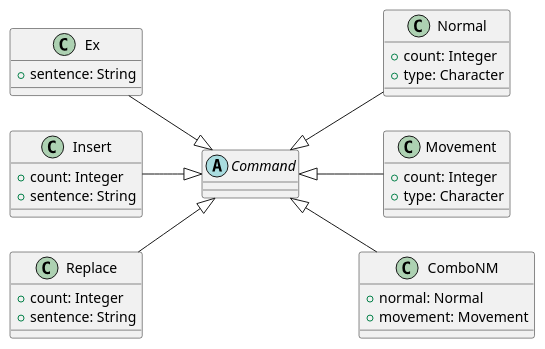
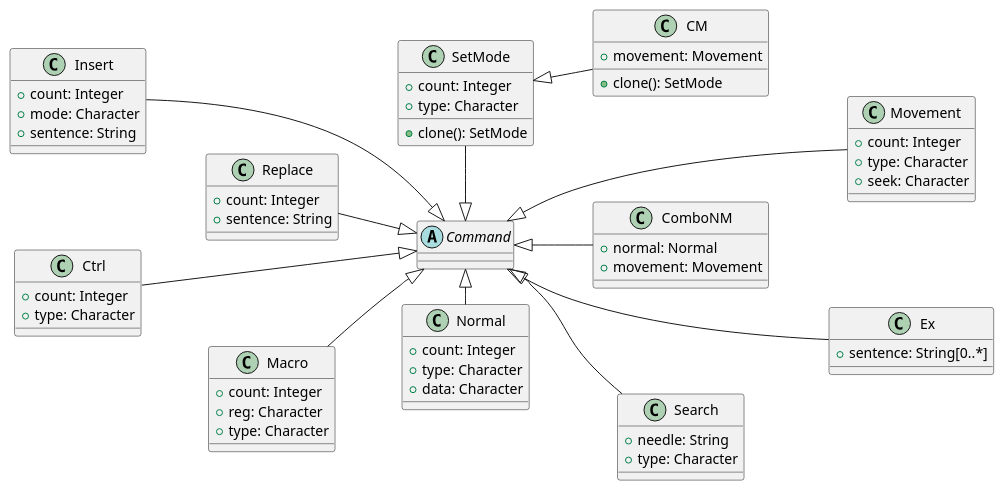
Before and after one commit to raywang999/VM: the first of 9 diagrams in uml.md, drawn with PlantUML. The commit also changed other lines of this file and 33 other files, not shown here.

````diff
--- a/uml.md
+++ b/uml.md
@@ -2,33 +2,63 @@
 ```plantuml
 left to right direction
 abstract Command{}
 class Normal{
   +count: Integer
   +type: Character
+  +data: Character
 }
 class Movement{
   +count: Integer
   +type: Character
+  +seek: Character
 }
 class ComboNM{
   +normal: Normal
   +movement: Movement
 }
 class Ex{
-  +sentence: String
+  +sentence: String[0..*]
 }
 class Insert{
   +count: Integer
+  +mode: Character
   +sentence: String
 }
 class Replace{
   +count: Integer
   +sentence: String
 }
-Command <|-- Normal
-Command <|-- Movement
+class SetMode {
+  +count: Integer 
+  +type: Character
+  +clone(): SetMode
+}
+class CM {
+  +movement: Movement
+  +clone(): SetMode
+}
+class Ctrl {
+  +count: Integer
+  +type: Character
+}
+class Search {
+  +needle: String
+  +type: Character
+}
+class Macro {
+  +count: Integer 
+  +reg: Character 
+  +type: Character
+}
+SetMode -|> Command
+SetMode <|-- CM
+Command <|- Normal
+Command <|--- Movement
 Command <|-- ComboNM
-Ex --|> Command 
-Insert --|> Command 
+Ctrl ---|> Command
 Replace --|> Command 
+Insert ---|> Command 
+Command <|-- Search
+Macro --|> Command
+Command <|--- Ex
 ```
````
